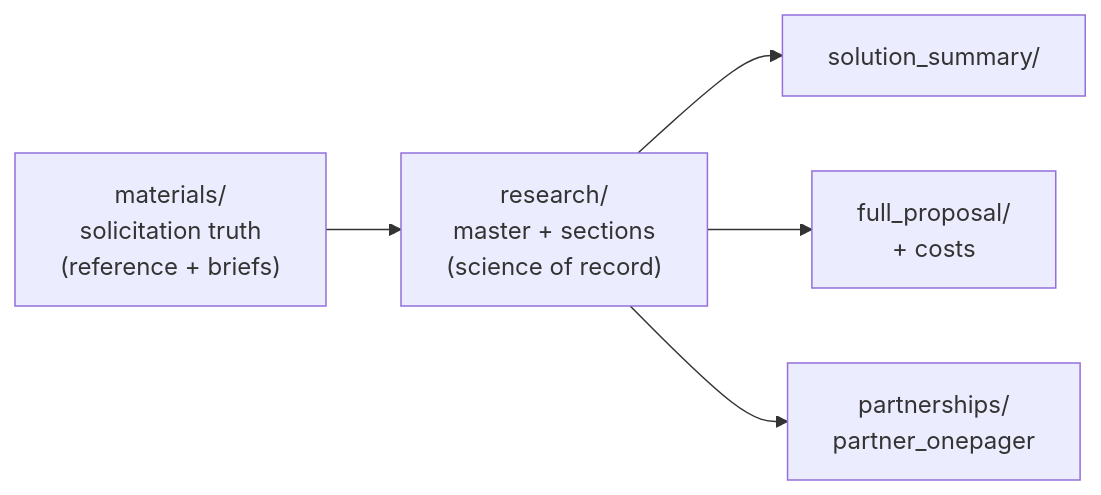
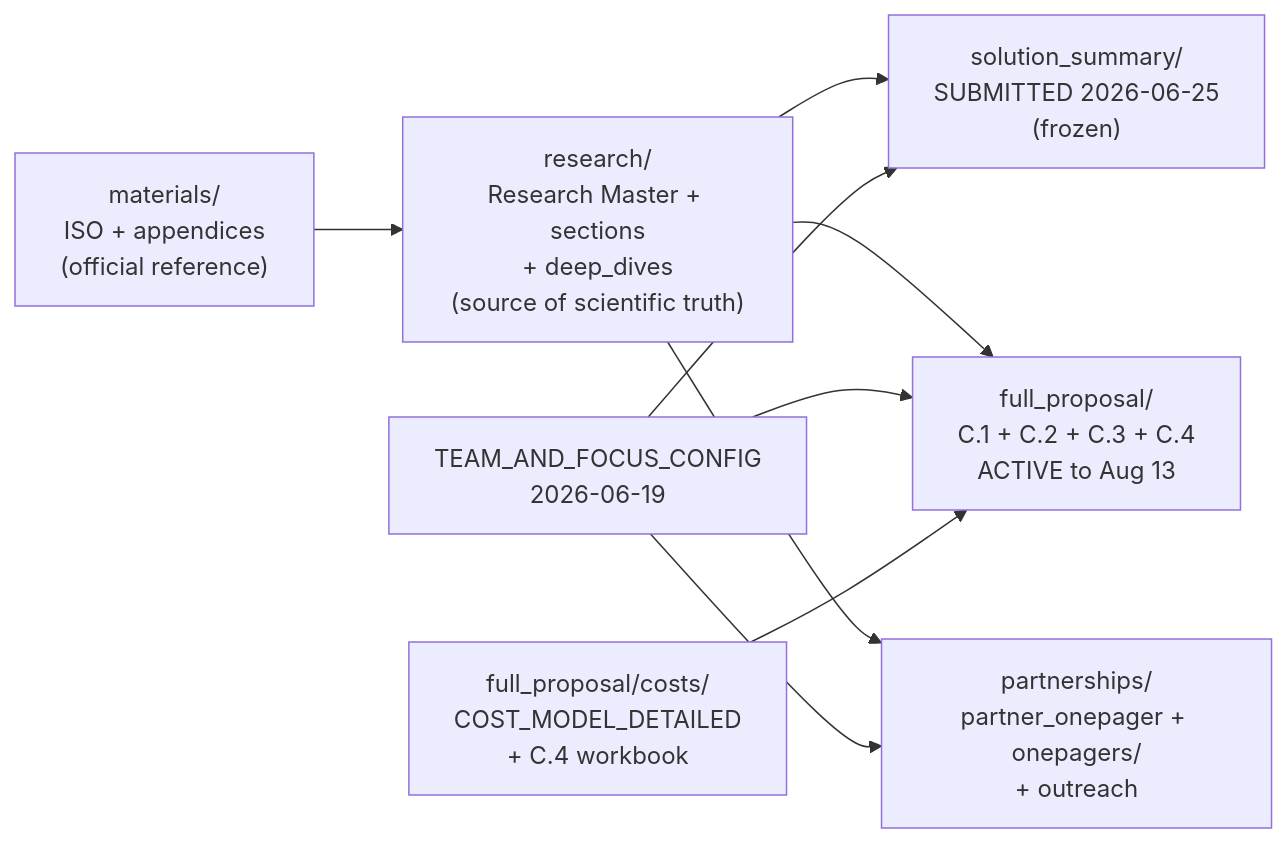
Before and after one commit to cytognosis/docs: the diagram in 02-Funding/submissions/Grants/ARPA-H/IGoR/INDEX.md, drawn with Mermaid. The commit also changed other lines of this file, not shown here.

````diff
--- a/02-Funding/submissions/Grants/ARPA-H/IGoR/INDEX.md
+++ b/02-Funding/submissions/Grants/ARPA-H/IGoR/INDEX.md
@@ -28,12 +124,18 @@
 ```mermaid
 flowchart LR
-    SOL["materials/<br/>solicitation truth<br/>(reference + briefs)"]
-    RES["research/<br/>master + sections<br/>(science of record)"]
-    SS["solution_summary/"]
-    FP["full_proposal/<br/>+ costs"]
-    OP["partnerships/<br/>partner_onepager"]
-    SOL --> RES
+    MAT["materials/<br/>ISO + appendices<br/>(official reference)"]
+    RES["research/<br/>Research Master + sections<br/>+ deep_dives<br/>(source of scientific truth)"]
+    TEAM["TEAM_AND_FOCUS_CONFIG<br/>2026-06-19"]
+    COST["full_proposal/costs/<br/>COST_MODEL_DETAILED<br/>+ C.4 workbook"]
+    SS["solution_summary/<br/>SUBMITTED 2026-06-25<br/>(frozen)"]
+    FP["full_proposal/<br/>C.1 + C.2 + C.3 + C.4<br/>ACTIVE to Aug 13"]
+    OP["partnerships/<br/>partner_onepager + onepagers/<br/>+ outreach"]
+    MAT --> RES
     RES --> SS
     RES --> FP
     RES --> OP
+    TEAM --> SS
+    TEAM --> FP
+    TEAM --> OP
+    COST --> FP
 ```
````
